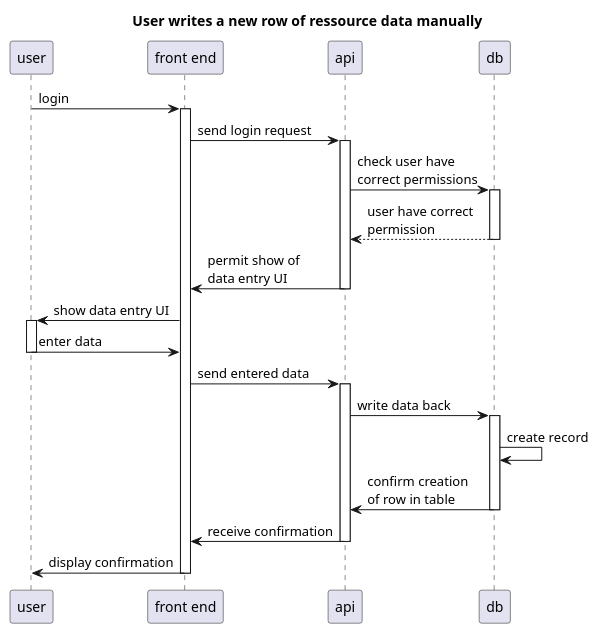
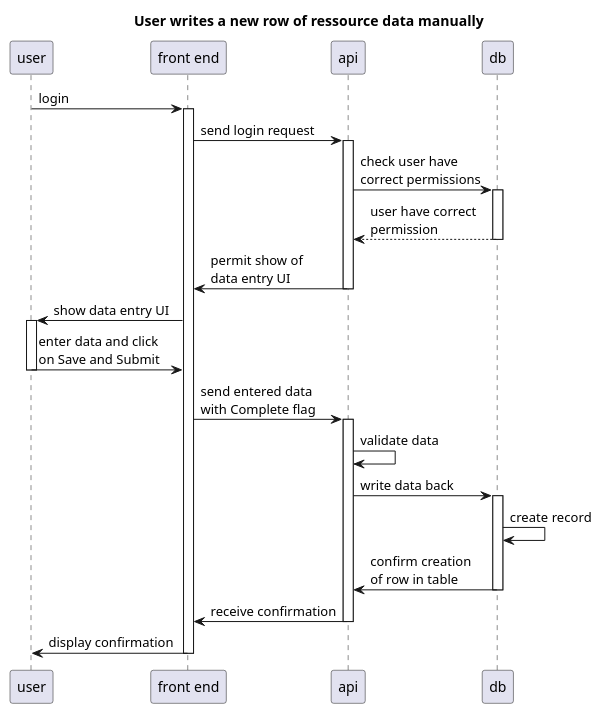
Before and after one commit to seedcase-project/seedcase-website: the diagram in design/images/runtime_manual_data_entry.puml, drawn with PlantUML. The commit also changed 3 other files, not shown here.

Commit message:
updates to diagrams and new md files

```diff
--- a/design/images/runtime_manual_data_entry.puml
+++ b/design/images/runtime_manual_data_entry.puml
@@ -1,23 +1,24 @@
 @startuml
 
 title : User writes a new row of ressource data manually
 
 participant "user" as u
 participant "front end" as f
 participant "api" as api
 participant "db" as db
 
 u -> f ++: login
 f -> api ++: send login request
 api -> db ++: check user have \ncorrect permissions
 return user have correct \npermission
 api -> f --: permit show of  \ndata entry UI
 f -> u ++: show data entry UI
-u -> f --: enter data
-f -> api ++: send entered data
+u -> f --: enter data and click \non Save and Submit
+f -> api ++: send entered data \nwith Complete flag
+api -> api : validate data
 api -> db ++: write data back
 db -> db : create record
 db -> api --: confirm creation \nof row in table
 api -> f --: receive confirmation
 f -> u --: display confirmation
 @enduml
```
